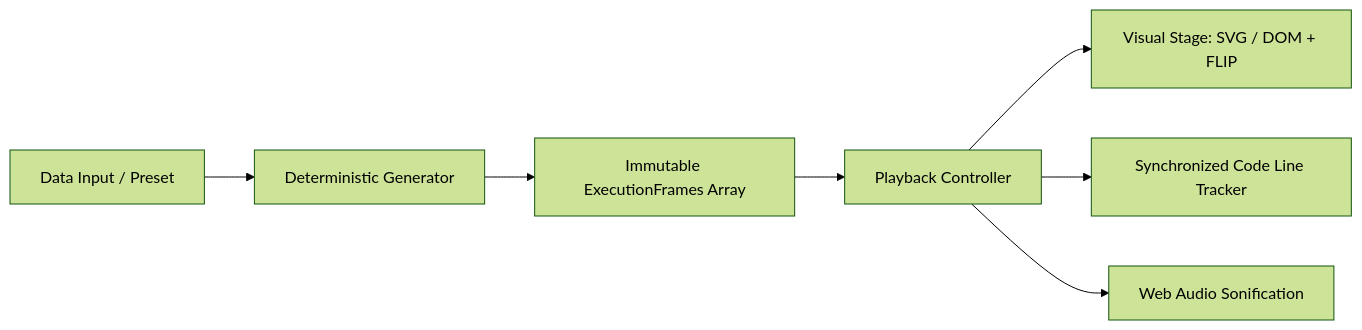
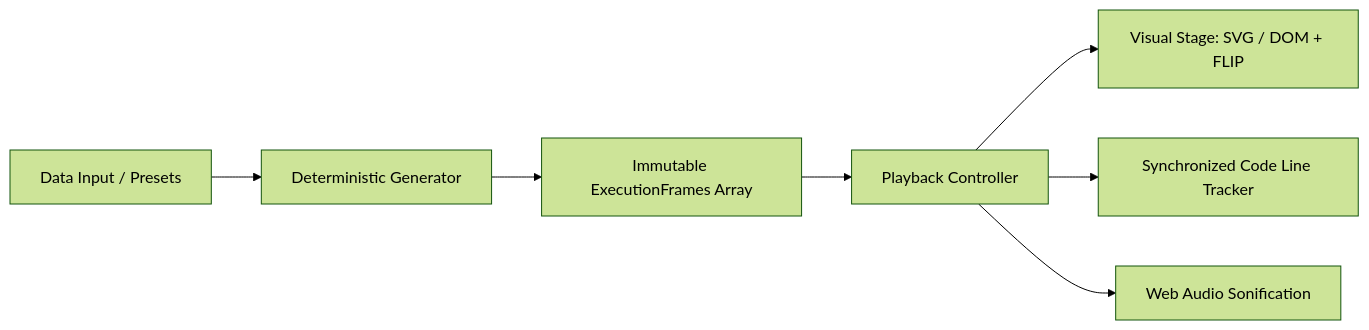
One commit to ThanhNguyxnOrg/StepDSA changed the diagram in README.md. Above: the diagram before and after it, drawn with Mermaid (forest theme). The commit also changed other lines of this file and 31 other files, not shown here.

Commit message:
feat: complete IDE debugger, hybrid line stepping, UX fixes, and 100+ master curriculum roadmap

````diff
--- a/README.md
+++ b/README.md
@@ -43,9 +79,9 @@
 ```mermaid
 graph LR
-    Input[Data Input / Preset] --> Generator[Deterministic Generator]
+    Input[Data Input / Presets] --> Generator[Deterministic Generator]
     Generator --> Timeline[Immutable ExecutionFrames Array]
     Timeline --> Controller[Playback Controller]
     Controller --> Stage[Visual Stage: SVG / DOM + FLIP]
     Controller --> Code[Synchronized Code Line Tracker]
     Controller --> Sound[Web Audio Sonification]
 ```
````
